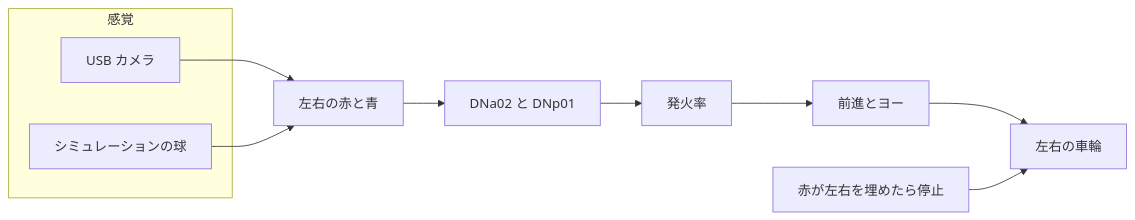
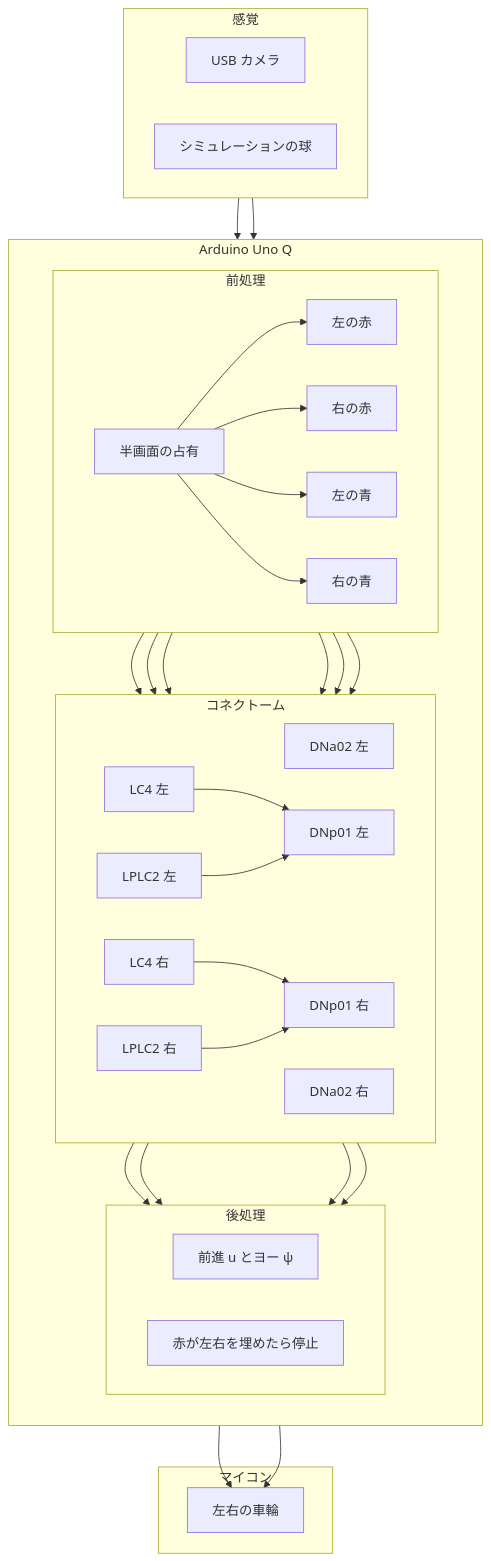
One commit to hamling-ling/fly-car changed the first of 2 diagrams in README.md. Above: the diagram before and after it, drawn with Mermaid. The commit also changed other lines of this file, not shown here.

````diff
--- a/README.md
+++ b/README.md
@@ -87,14 +87,60 @@
 ```mermaid
-flowchart LR
+flowchart TB
   subgraph sense [感覚]
+    direction LR
     cam["USB カメラ"]
     sim["シミュレーションの球"]
   end
-  cam --> counts["左右の赤と青"]
-  sim --> counts
-  counts --> cells["DNa02 と DNp01"]
-  cells --> rates["発火率"]
-  rates --> cmd["前進とヨー"]
-  cmd --> wheels["左右の車輪"]
-  guard["赤が左右を埋めたら停止"] --> wheels
+  subgraph unoq [Arduino Uno Q]
+    direction TB
+    subgraph pre [前処理]
+      direction LR
+      halves["半画面の占有"]
+      redL["左の赤"]
+      redR["右の赤"]
+      blueL["左の青"]
+      blueR["右の青"]
+    end
+    subgraph connectome [コネクトーム]
+      direction LR
+      dnaL["DNa02 左"]
+      dnaR["DNa02 右"]
+      lc4L["LC4 左"]
+      lplcL["LPLC2 左"]
+      lc4R["LC4 右"]
+      lplcR["LPLC2 右"]
+      dnpL["DNp01 左"]
+      dnpR["DNp01 右"]
+    end
+    subgraph post [後処理]
+      direction LR
+      law["前進 u とヨー ψ"]
+      guard["赤が左右を埋めたら停止"]
+    end
+  end
+  subgraph mcu [マイコン]
+    wheels["左右の車輪"]
+  end
+  cam --> halves
+  sim --> halves
+  halves --> redL
+  halves --> redR
+  halves --> blueL
+  halves --> blueR
+  redL --> dnaL
+  redR --> dnaR
+  blueL --> lc4L
+  blueL --> lplcL
+  blueR --> lc4R
+  blueR --> lplcR
+  lc4L --> dnpL
+  lplcL --> dnpL
+  lc4R --> dnpR
+  lplcR --> dnpR
+  dnaL --> law
+  dnaR --> law
+  dnpL --> law
+  dnpR --> law
+  law --> wheels
+  guard --> wheels
 ```
````
